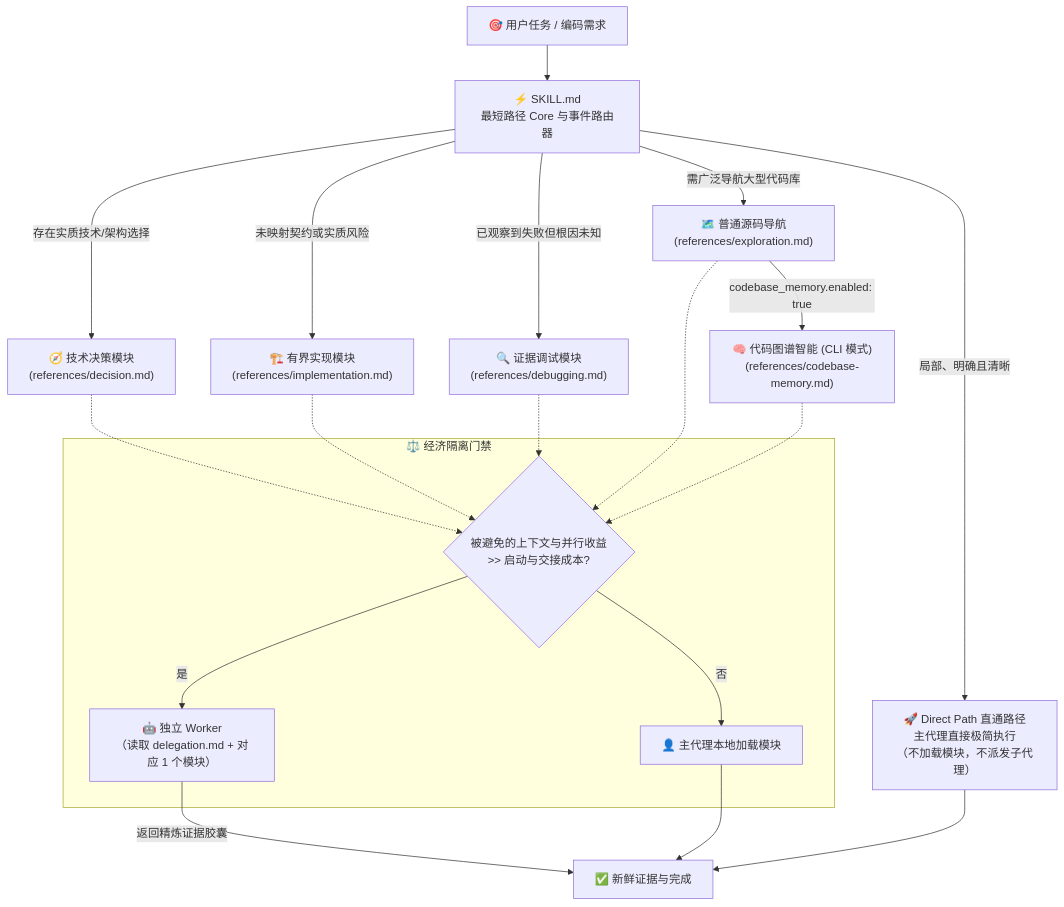
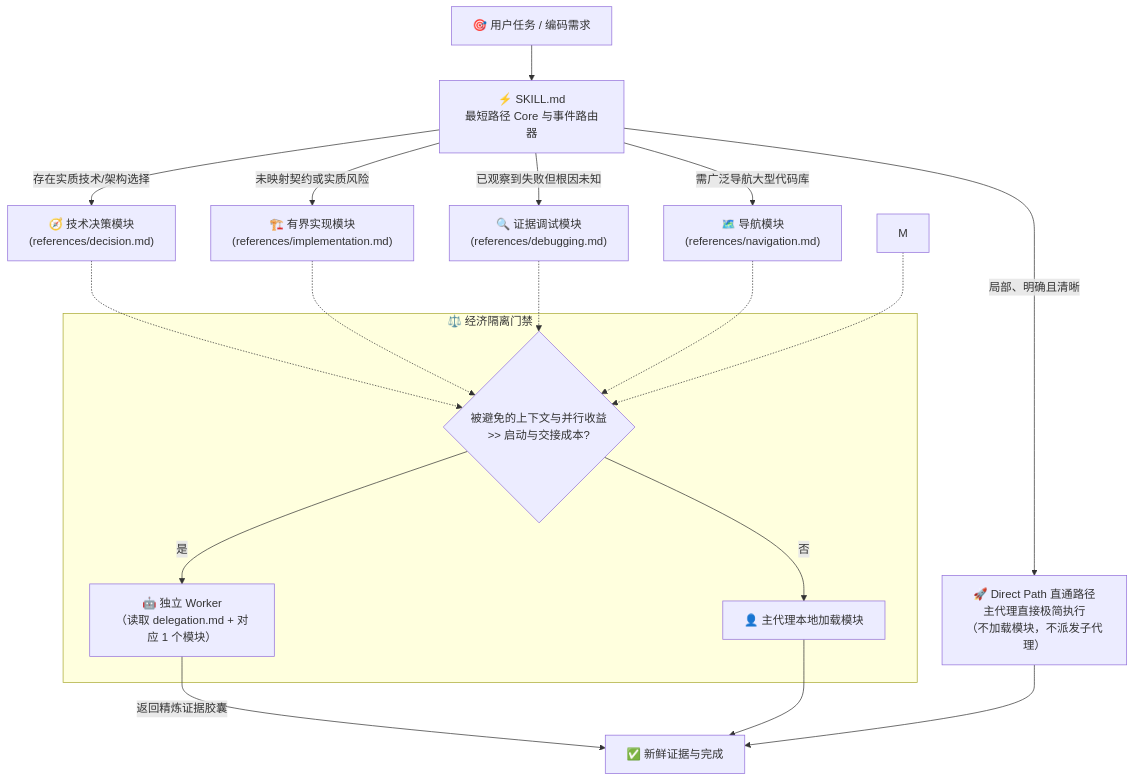
The diagram in README_zh.md (Hubujiu/practical-coding), drawn with Mermaid before and after one commit. The commit also changed other lines of this file and 24 other files, not shown here.

````diff
--- a/README_zh.md
+++ b/README_zh.md
@@ -105,27 +105,26 @@
 ```mermaid
 flowchart TB
     Task["🎯 用户任务 / 编码需求"] --> Core["⚡ SKILL.md<br/>最短路径 Core 与事件路由器"]
 
     Core -->|"局部、明确且清晰"| Direct["🚀 Direct Path 直通路径<br/>主代理直接极简执行<br/>（不加载模块，不派发子代理）"]
     Core -->|"存在实质技术/架构选择"| D["🧭 技术决策模块<br/>(references/decision.md)"]
     Core -->|"未映射契约或实质风险"| I["🏗️ 有界实现模块<br/>(references/implementation.md)"]
     Core -->|"已观察到失败但根因未知"| G["🔍 证据调试模块<br/>(references/debugging.md)"]
-    Core -->|"需广泛导航大型代码库"| E["🗺️ 普通源码导航<br/>(references/exploration.md)"]
-    E -->|"codebase_memory.enabled: true"| M["🧠 代码图谱智能 (CLI 模式)<br/>(references/codebase-memory.md)"]
+    Core -->|"需广泛导航大型代码库"| E["🗺️ 导航模块<br/>(references/navigation.md)"]
 
     subgraph IsolationGate["⚖️ 经济隔离门禁"]
         IG{"被避免的上下文与并行收益<br/>>> 启动与交接成本?"}
         IG -->|"是"| Worker["🤖 独立 Worker<br/>（读取 delegation.md + 对应 1 个模块）"]
         IG -->|"否"| RootExec["👤 主代理本地加载模块"]
     end
 
     D -.-> IG
     I -.-> IG
     G -.-> IG
     E -.-> IG
     M -.-> IG
 
     Worker -->|"返回精炼证据胶囊"| Done["✅ 新鲜证据与完成"]
     RootExec --> Done
     Direct --> Done
 ```
````
